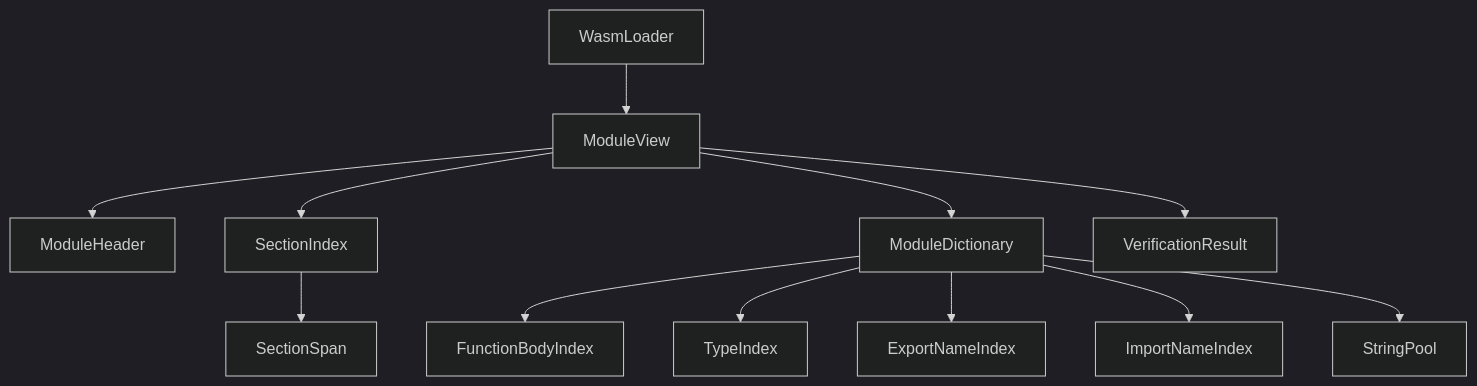
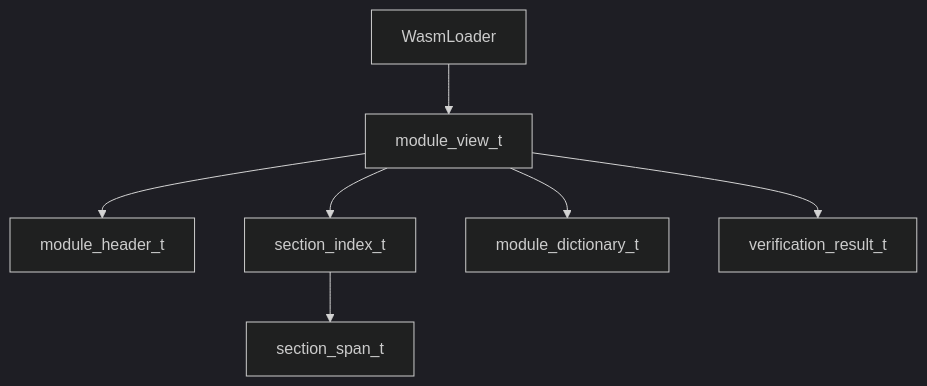
One commit to kmt-t/fireball changed the first of 3 diagrams in docs/orders/components/loader.md. Above: the diagram before and after it, drawn with Mermaid (dark theme). The commit also changed other lines of this file and 27 other files, not shown here.

````diff
--- a/docs/orders/components/loader.md
+++ b/docs/orders/components/loader.md
@@ -147,14 +14,9 @@
 ```mermaid
 graph TB
-  Loader[WasmLoader] --> Module[ModuleView]
-  Module --> Header[ModuleHeader]
-  Module --> Sections[SectionIndex]
-  Module --> Dict[ModuleDictionary]
-  Module --> Verify[VerificationResult]
-  Sections --> Span[SectionSpan]
-  Dict --> FuncIdx[FunctionBodyIndex]
-  Dict --> TypeIdx[TypeIndex]
-  Dict --> ExpIdx[ExportNameIndex]
-  Dict --> ImpIdx[ImportNameIndex]
-  Dict --> Pool[StringPool]
+    Loader[WasmLoader] --> Module[module_view_t]
+    Module --> Header[module_header_t]
+    Module --> Sections[section_index_t]
+    Module --> Dict[module_dictionary_t]
+    Module --> Verify[verification_result_t]
+    Sections --> Span[section_span_t]
 ```
````
